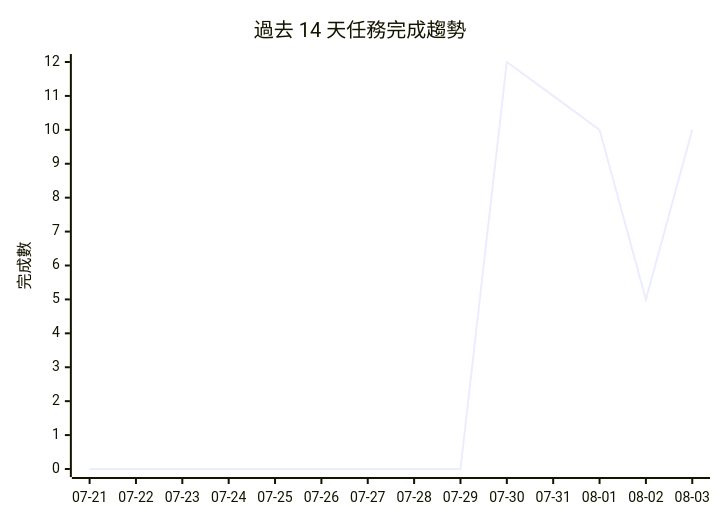
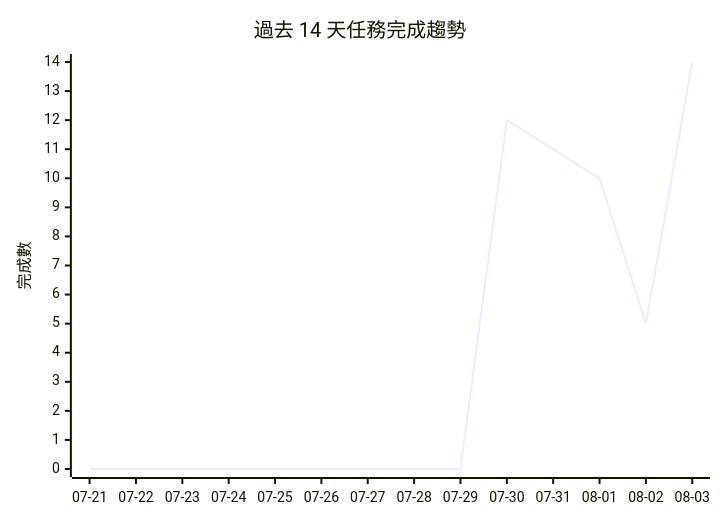
Before and after one commit to gentoobreaking/ai-tasks: the diagram in PROJECTS.md, drawn with Mermaid. The commit also changed other lines of this file and 83 other files, not shown here.

````diff
--- a/PROJECTS.md
+++ b/PROJECTS.md
@@ -180,7 +174,7 @@
 ```mermaid
 xychart-beta
     title "過去 14 天任務完成趨勢"
     x-axis ["07-21", "07-22", "07-23", "07-24", "07-25", "07-26", "07-27", "07-28", "07-29", "07-30", "07-31", "08-01", "08-02", "08-03"]
-    y-axis "完成數" 0 --> 12
-    line [0, 0, 0, 0, 0, 0, 0, 0, 0, 12, 11, 10, 5, 10]
+    y-axis "完成數" 0 --> 14
+    line [0, 0, 0, 0, 0, 0, 0, 0, 0, 12, 11, 10, 5, 14]
 ```
````
